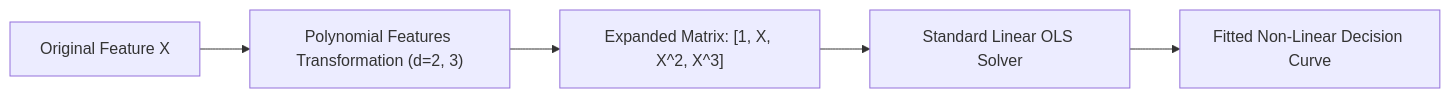
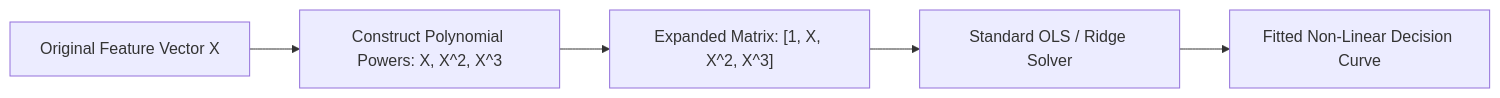
One commit to xrcodexcode/xr_node changed the first of 3 diagrams in 01_RAW/PROCESS/learn-core-machine-learning-part-10.md. Above: the diagram before and after it, drawn with Mermaid. The commit also changed other lines of this file and 15 other files, not shown here.

````diff
--- a/01_RAW/PROCESS/learn-core-machine-learning-part-10.md
+++ b/01_RAW/PROCESS/learn-core-machine-learning-part-10.md
@@ -53,7 +53,7 @@
 ```mermaid
 flowchart LR
-    Input["Original Feature X"] --> Transform["Polynomial Features Transformation (d=2, 3)"]
-    Transform --> NewSpace["Expanded Matrix: [1, X, X^2, X^3]"]
-    NewSpace --> OLS["Standard Linear OLS Solver"]
+    Input["Original Feature Vector X"] --> Power["Construct Polynomial Powers: X, X^2, X^3"]
+    Power --> Matrix["Expanded Matrix: [1, X, X^2, X^3]"]
+    Matrix --> OLS["Standard OLS / Ridge Solver"]
     OLS --> Curve["Fitted Non-Linear Decision Curve"]
 ```
````
